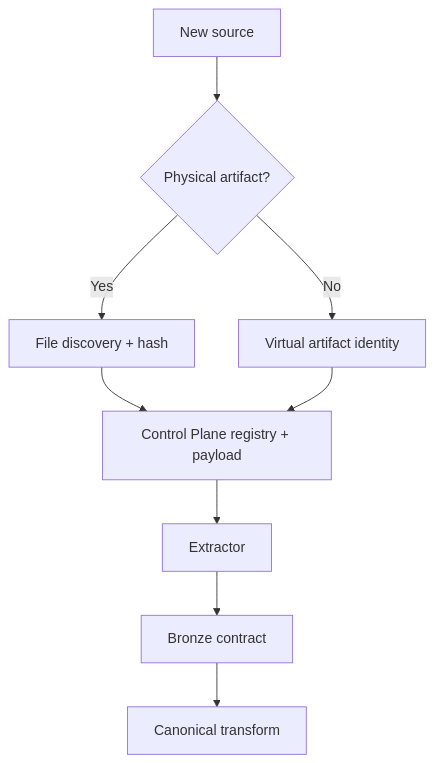
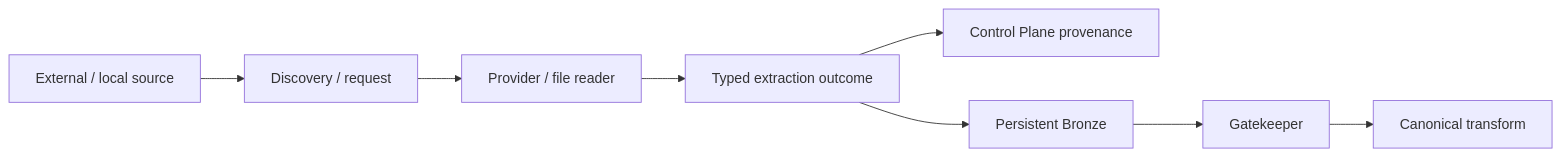
Before and after one commit to tks18/personal-finance-etl: the first of 5 diagrams in docs/developer/adding-data-sources.md, drawn with Mermaid. The commit also changed other lines of this file and 8 other files, not shown here.

````diff
--- a/docs/developer/adding-data-sources.md
+++ b/docs/developer/adding-data-sources.md
@@ -19,11 +17,15 @@
 ```mermaid
-flowchart TD
-    S[New source] --> K{Physical artifact?}
-    K -->|Yes| D[File discovery + hash]
-    K -->|No| V[Virtual artifact identity]
-    D --> CP[Control Plane registry + payload]
-    V --> CP
-    CP --> E[Extractor]
-    E --> B[Bronze contract]
-    B --> T[Canonical transform]
+flowchart LR
+    EXT[External / local source]
+    DISC[Discovery / request]
+    PROV[Provider / file reader]
+    OUT[Typed extraction outcome]
+    CP[Control Plane provenance]
+    BR[Persistent Bronze]
+    VAL[Gatekeeper]
+    CAN[Canonical transform]
+
+    EXT --> DISC --> PROV --> OUT
+    OUT --> CP
+    OUT --> BR --> VAL --> CAN
 ```
````
